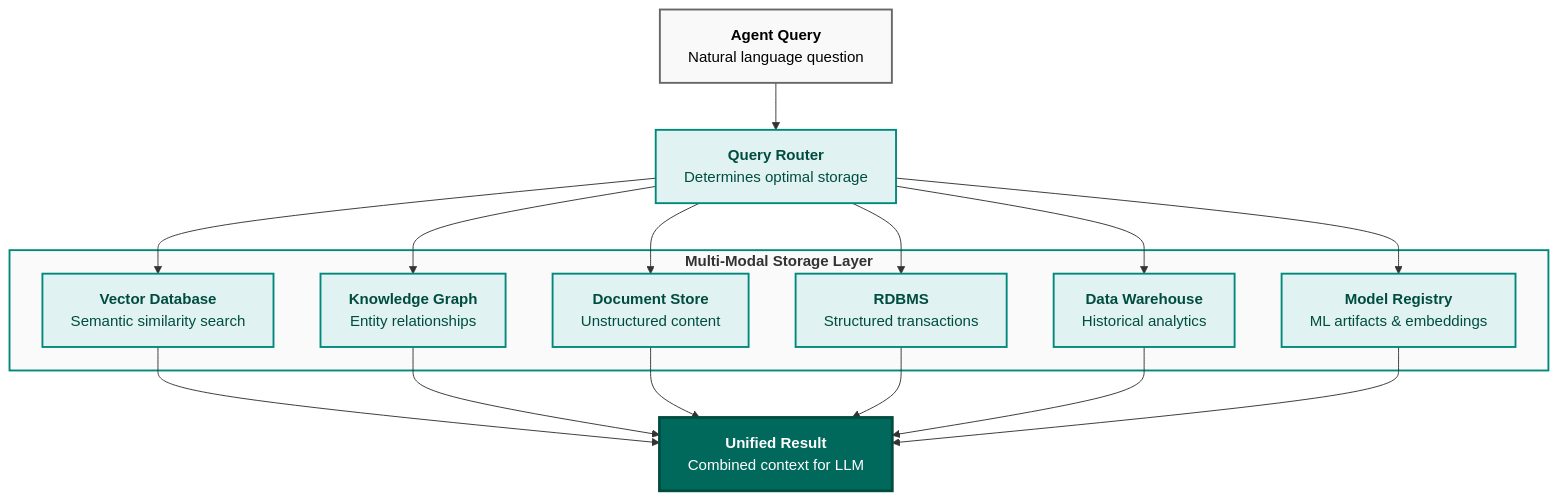
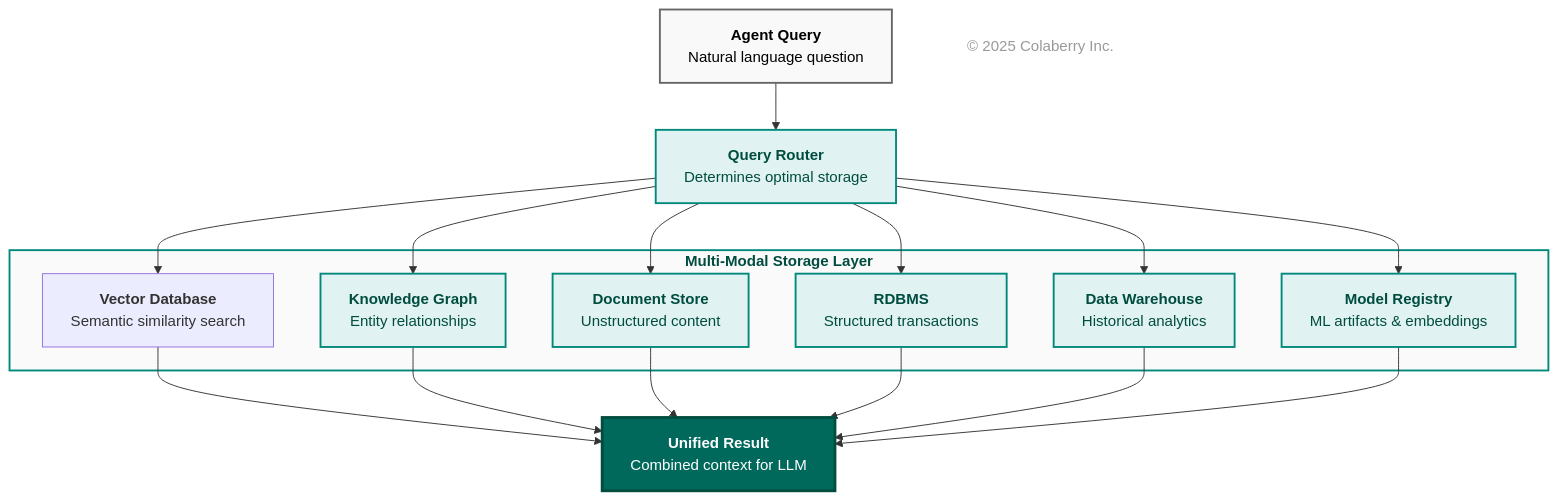
One commit to colaberry/enterprise-data-readiness-ai-agents changed the fourth of 16 diagrams in chapter-01/chapter_1_complete.md. Above: the diagram before and after it, drawn with Mermaid. The commit also changed other lines of this file, not shown here.

````diff
--- a/chapter-01/chapter_1_complete.md
+++ b/chapter-01/chapter_1_complete.md
@@ -486,43 +501,47 @@
 ```mermaid
 graph TB
     Q["<b>Agent Query</b><br/>Natural language question"]
     
     R["<b>Query Router</b><br/>Determines optimal storage"]
     
     subgraph storage["<b>Multi-Modal Storage Layer</b>"]
         V["<b>Vector Database</b><br/>Semantic similarity search"]
         K["<b>Knowledge Graph</b><br/>Entity relationships"]
         D["<b>Document Store</b><br/>Unstructured content"]
         S["<b>RDBMS</b><br/>Structured transactions"]
         W["<b>Data Warehouse</b><br/>Historical analytics"]
         M["<b>Model Registry</b><br/>ML artifacts & embeddings"]
     end
     
     U["<b>Unified Result</b><br/>Combined context for LLM"]
     
     Q --> R
     R --> V
     R --> K
     R --> D
     R --> S
     R --> W
     R --> M
     
     V --> U
     K --> U
     D --> U
     S --> U
     W --> U
     M --> U
     
     style Q fill:#f9f9f9,stroke:#666666,stroke-width:2px,color:#000000
     style R fill:#e0f2f1,stroke:#00897b,stroke-width:2px,color:#004d40
-    style storage fill:#fafafa,stroke:#00897b,stroke-width:2px
-    style V fill:#e0f2f1,stroke:#00897b,stroke-width:2px,color:#004d40
+    style storage fill:#fafafa,stroke:#00897b,stroke-width:2px,color:#000000    style V fill:#e0f2f1,stroke:#00897b,stroke-width:2px,color:#004d40
     style K fill:#e0f2f1,stroke:#00897b,stroke-width:2px,color:#004d40
     style D fill:#e0f2f1,stroke:#00897b,stroke-width:2px,color:#004d40
     style S fill:#e0f2f1,stroke:#00897b,stroke-width:2px,color:#004d40
     style W fill:#e0f2f1,stroke:#00897b,stroke-width:2px,color:#004d40
     style M fill:#e0f2f1,stroke:#00897b,stroke-width:2px,color:#004d40
+
+    %% Copyright Notice
+    CR["© 2025 Colaberry Inc."]
+
     style U fill:#00695c,color:#ffffff,stroke:#004d40,stroke-width:3px
+    style CR fill:none,stroke:none,color:#999999
 ```
````
